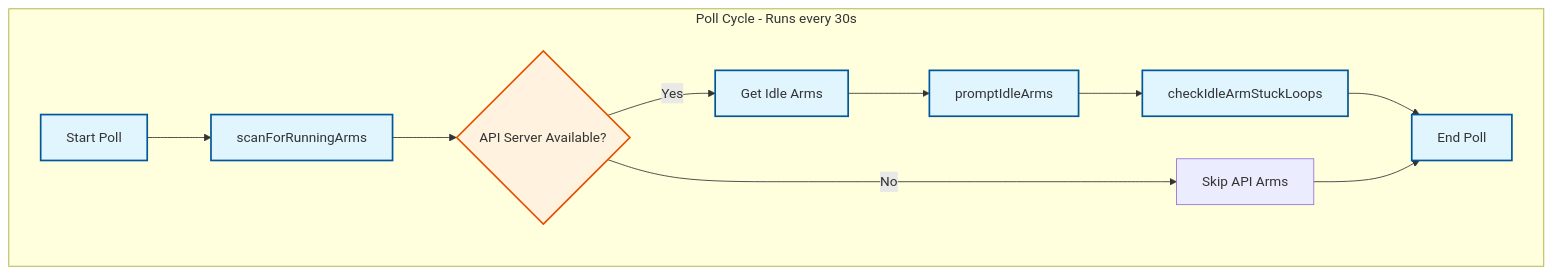
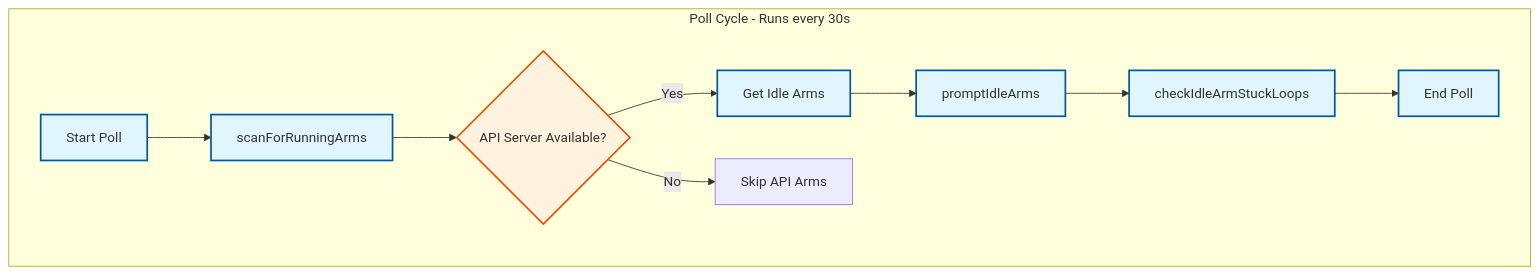
The first of 4 diagrams in docs/architecture/components.md (sirtimbly/coleo), drawn with Mermaid before and after one commit. The commit also changed other lines of this file and 28 other files, not shown here.

````diff
--- a/docs/architecture/components.md
+++ b/docs/architecture/components.md
@@ -113,19 +113,18 @@
 ```mermaid
 flowchart TD
     classDef process fill:#e1f5fe,stroke:#01579b,stroke-width:2px
     classDef decision fill:#fff3e0,stroke:#e65100,stroke-width:2px,shape:rhombus
 
     subgraph POLL["Poll Cycle - Runs every 30s"]
         A[Start Poll] --> B[scanForRunningArms]
         B --> C{API Server Available?}
         C -->|Yes| D[Get Idle Arms]
         C -->|No| E[Skip API Arms]
         D --> F[promptIdleArms]
         F --> G[checkIdleArmStuckLoops]
         G --> H[End Poll]
-        E --> H
     end
 
     class A,B,D,F,G,H process
     class C decision
 ```
````
